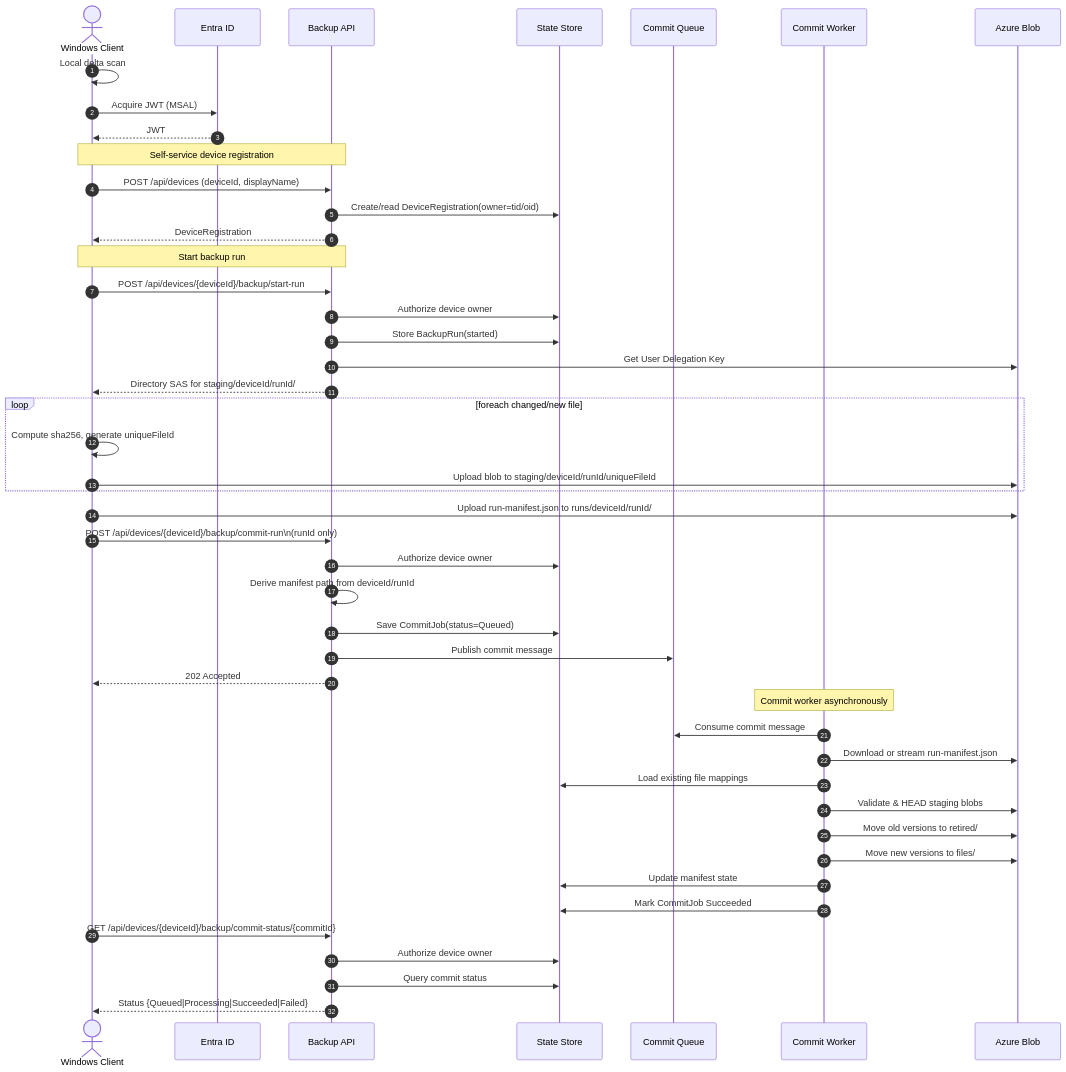
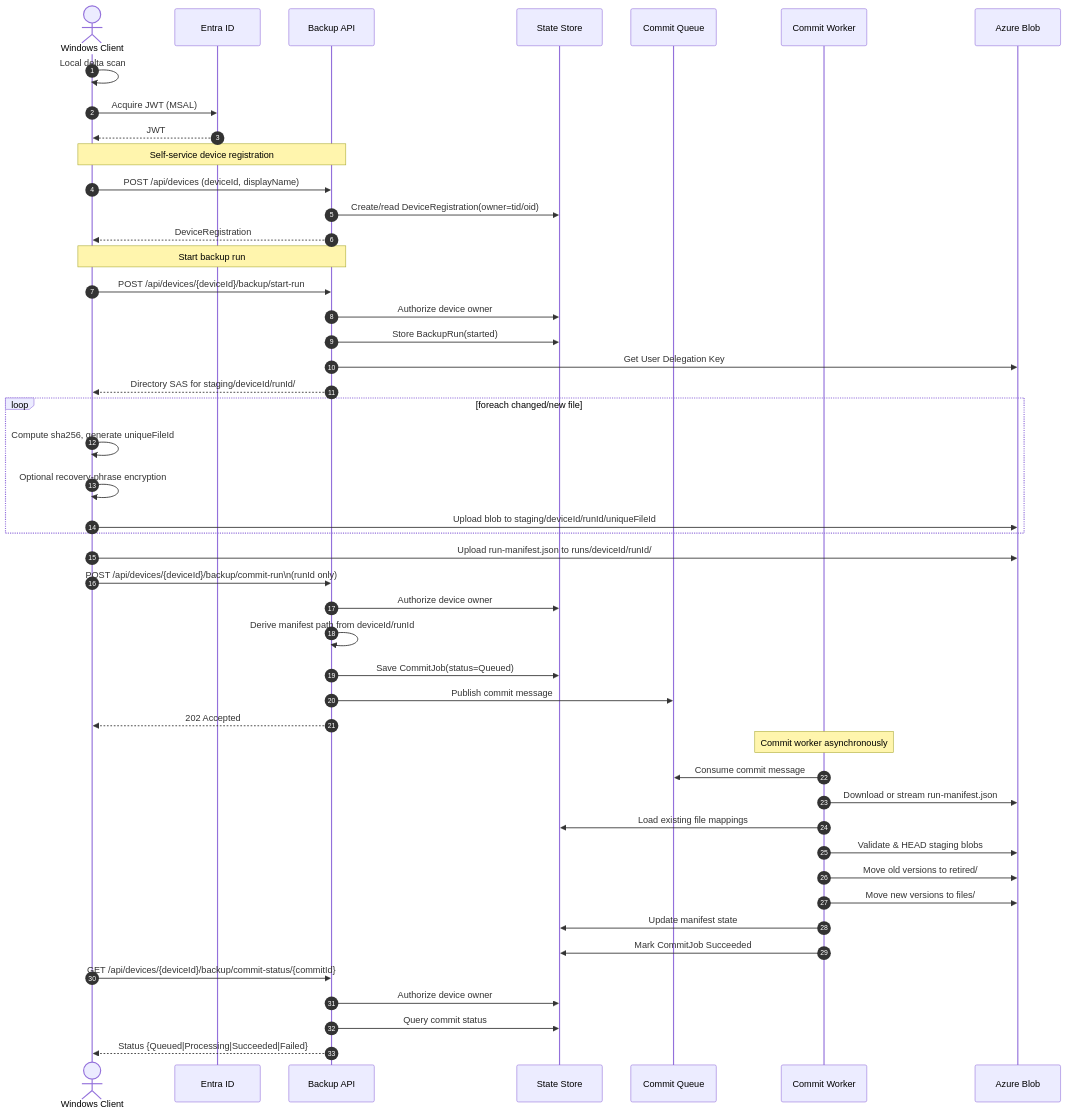
The second of 3 diagrams in doc/TECHNICAL_DESIGN.md (FlorisDeVries/stowhaven), drawn with Mermaid before and after one commit. The commit also changed other lines of this file and 16 other files, not shown here.

````diff
--- a/doc/TECHNICAL_DESIGN.md
+++ b/doc/TECHNICAL_DESIGN.md
@@ -137,59 +138,60 @@
 ```mermaid
 sequenceDiagram
     autonumber
     actor C as Windows Client
     participant E as Entra ID
     participant A as Backup API
     participant S as State Store
     participant Q as Commit Queue
     participant W as Commit Worker
     participant B as Azure Blob
 
     C->>C: Local delta scan
     C->>E: Acquire JWT (MSAL)
     E-->>C: JWT
 
     Note over C,A: Self-service device registration
 
     C->>A: POST /api/devices (deviceId, displayName)
     A->>S: Create/read DeviceRegistration(owner=tid/oid)
     A-->>C: DeviceRegistration
 
     Note over C,A: Start backup run
 
     C->>A: POST /api/devices/{deviceId}/backup/start-run
     A->>S: Authorize device owner
     A->>S: Store BackupRun(started)
     A->>B: Get User Delegation Key
     A-->>C: Directory SAS for staging/deviceId/runId/
 
     loop foreach changed/new file
       C->>C: Compute sha256, generate uniqueFileId
+      C->>C: Optional recovery-phrase encryption
       C->>B: Upload blob to staging/deviceId/runId/uniqueFileId
     end
 
     C->>B: Upload run-manifest.json to runs/deviceId/runId/
 
     C->>A: POST /api/devices/{deviceId}/backup/commit-run\n(runId only)
     A->>S: Authorize device owner
     A->>A: Derive manifest path from deviceId/runId
     A->>S: Save CommitJob(status=Queued)
     A->>Q: Publish commit message
     A-->>C: 202 Accepted
 
     Note over W: Commit worker asynchronously
 
     W->>Q: Consume commit message
     W->>B: Download or stream run-manifest.json
     W->>S: Load existing file mappings
     W->>B: Validate & HEAD staging blobs
     W->>B: Move old versions to retired/
     W->>B: Move new versions to files/
     W->>S: Update manifest state
     W->>S: Mark CommitJob Succeeded
 
     C->>A: GET /api/devices/{deviceId}/backup/commit-status/{commitId}
     A->>S: Authorize device owner
     A->>S: Query commit status
     A-->>C: Status {Queued|Processing|Succeeded|Failed}
 ```
````
